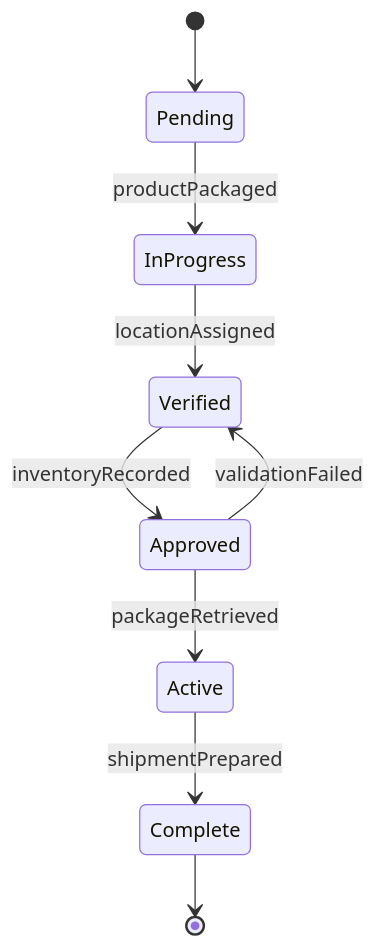
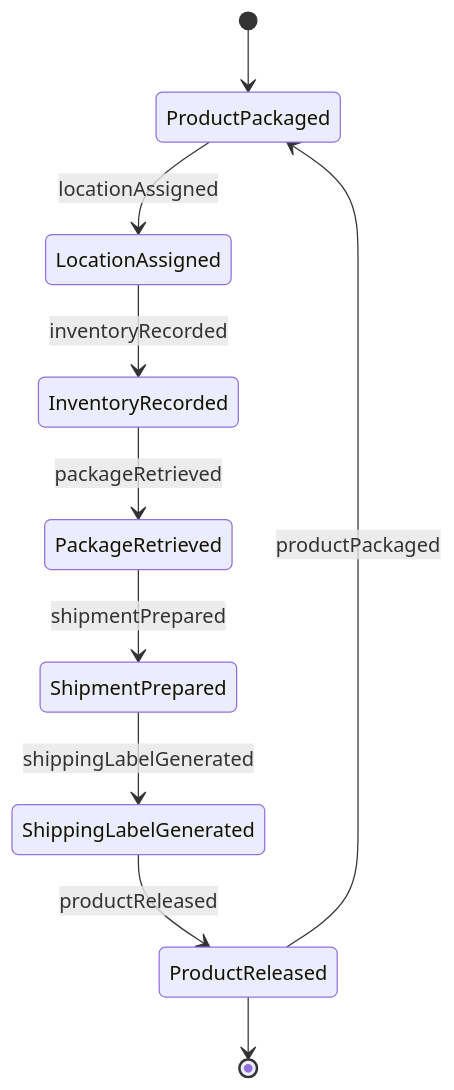
One commit to dot-org-ai/tasks.org.ai changed the second of 4 diagrams in HandlingAndMovingObjects/PackageObjects/PackageProductsStorageShipment.mdx. Above: the diagram before and after it, drawn with Mermaid. The commit also changed other lines of this file and 515 other files, not shown here.

````diff
--- a/HandlingAndMovingObjects/PackageObjects/PackageProductsStorageShipment.mdx
+++ b/HandlingAndMovingObjects/PackageObjects/PackageProductsStorageShipment.mdx
@@ -100,11 +100,12 @@
 ```mermaid
 stateDiagram-v2
-    [*] --> Pending
-    Pending --> InProgress : productPackaged
-    InProgress --> Verified : locationAssigned
-    Verified --> Approved : inventoryRecorded
-    Approved --> Active : packageRetrieved
-    Active --> Complete : shipmentPrepared
-    Approved --> Verified : validationFailed
-    Complete --> [*]
+    [*] --> ProductPackaged
+    ProductPackaged --> LocationAssigned : locationAssigned
+    LocationAssigned --> InventoryRecorded : inventoryRecorded
+    InventoryRecorded --> PackageRetrieved : packageRetrieved
+    PackageRetrieved --> ShipmentPrepared : shipmentPrepared
+    ShipmentPrepared --> ShippingLabelGenerated : shippingLabelGenerated
+    ShippingLabelGenerated --> ProductReleased : productReleased
+    ProductReleased --> ProductPackaged : productPackaged
+    ProductReleased --> [*]
 ```
````
